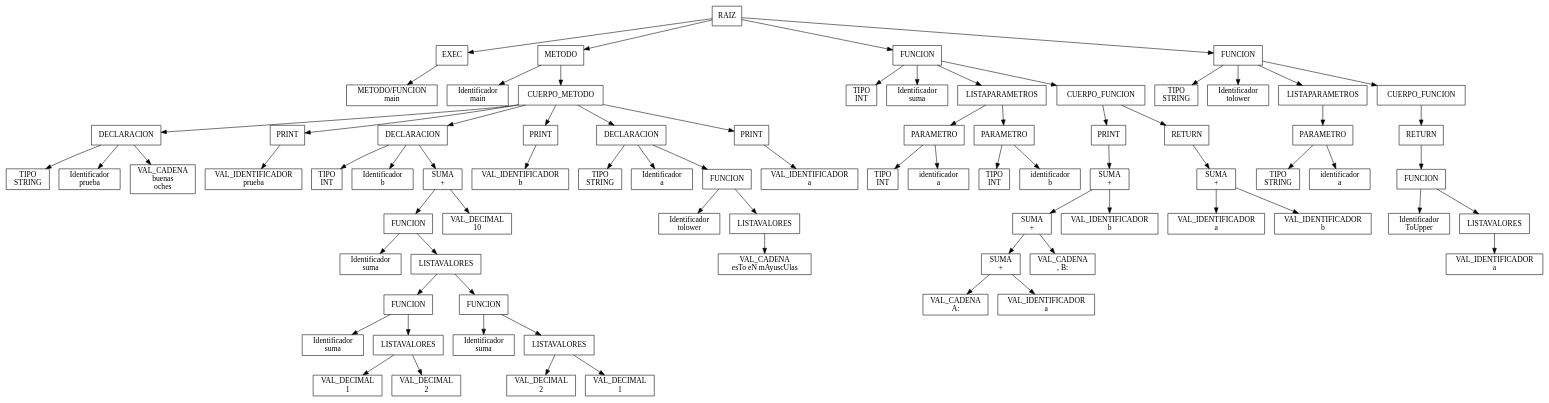
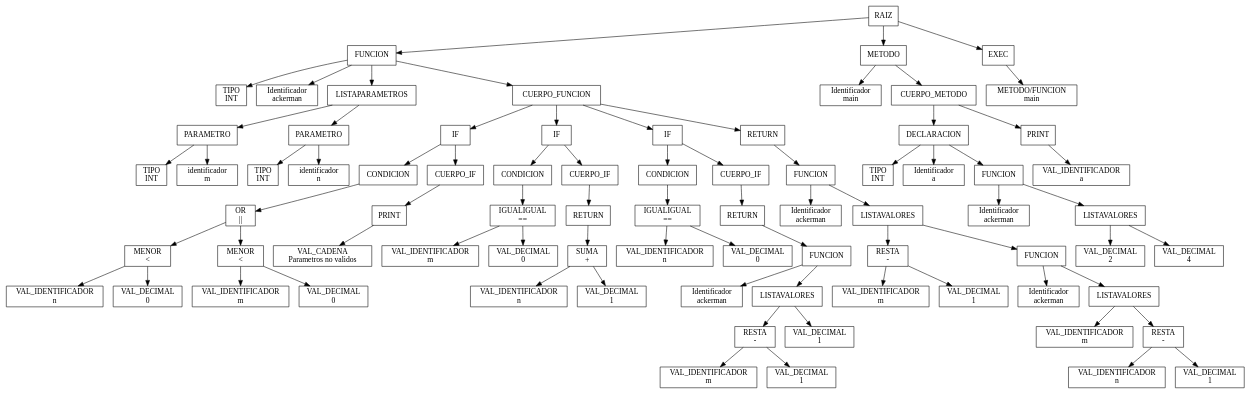
Before and after one commit to AngelArteaga1/OLC_Proyecto2_201901816: the diagram in backend/controller/ReporteAST/AST.dot, drawn with Graphviz. The commit also changed 5 other files, not shown here.

```diff
--- a/backend/controller/ReporteAST/AST.dot
+++ b/backend/controller/ReporteAST/AST.dot
@@ -1,154 +1,154 @@
 digraph G{node[shape="box"]Nodo0[label="RAIZ"];
-Nodo1[label="EXEC"];
+Nodo1[label="FUNCION"];
 Nodo0->Nodo1;
-Nodo2[label="METODO/FUNCION \n main"];
+Nodo2[label="TIPO \n INT"];
 Nodo1->Nodo2;
-Nodo3[label="METODO"];
-Nodo0->Nodo3;
-Nodo4[label="Identificador \n main"];
-Nodo3->Nodo4;
-Nodo5[label="CUERPO_METODO"];
-Nodo3->Nodo5;
-Nodo6[label="DECLARACION"];
+Nodo3[label="Identificador \n ackerman"];
+Nodo1->Nodo3;
+Nodo4[label="LISTAPARAMETROS"];
+Nodo1->Nodo4;
+Nodo5[label="PARAMETRO"];
+Nodo4->Nodo5;
+Nodo6[label="TIPO \n INT"];
 Nodo5->Nodo6;
-Nodo7[label="TIPO \n STRING"];
-Nodo6->Nodo7;
-Nodo8[label="Identificador \n prueba"];
-Nodo6->Nodo8;
-Nodo9[label="VAL_CADENA \n buenas\noches"];
-Nodo6->Nodo9;
-Nodo10[label="PRINT"];
-Nodo5->Nodo10;
-Nodo11[label="VAL_IDENTIFICADOR \n prueba"];
-Nodo10->Nodo11;
-Nodo12[label="DECLARACION"];
-Nodo5->Nodo12;
-Nodo13[label="TIPO \n INT"];
+Nodo7[label="identificador \n m"];
+Nodo5->Nodo7;
+Nodo8[label="PARAMETRO"];
+Nodo4->Nodo8;
+Nodo9[label="TIPO \n INT"];
+Nodo8->Nodo9;
+Nodo10[label="identificador \n n"];
+Nodo8->Nodo10;
+Nodo11[label="CUERPO_FUNCION"];
+Nodo1->Nodo11;
+Nodo12[label="IF"];
+Nodo11->Nodo12;
+Nodo13[label="CONDICION"];
 Nodo12->Nodo13;
-Nodo14[label="Identificador \n b"];
-Nodo12->Nodo14;
-Nodo15[label=" SUMA \n +"];
-Nodo12->Nodo15;
-Nodo16[label="FUNCION"];
+Nodo14[label=" OR \n ||"];
+Nodo13->Nodo14;
+Nodo15[label=" MENOR \n <"];
+Nodo14->Nodo15;
+Nodo16[label="VAL_IDENTIFICADOR \n n"];
 Nodo15->Nodo16;
-Nodo17[label="Identificador \n suma"];
-Nodo16->Nodo17;
-Nodo18[label="LISTAVALORES"];
-Nodo16->Nodo18;
-Nodo19[label="FUNCION"];
+Nodo17[label="VAL_DECIMAL \n 0"];
+Nodo15->Nodo17;
+Nodo18[label=" MENOR \n <"];
+Nodo14->Nodo18;
+Nodo19[label="VAL_IDENTIFICADOR \n m"];
 Nodo18->Nodo19;
-Nodo20[label="Identificador \n suma"];
-Nodo19->Nodo20;
-Nodo21[label="LISTAVALORES"];
-Nodo19->Nodo21;
-Nodo22[label="VAL_DECIMAL \n 1"];
+Nodo20[label="VAL_DECIMAL \n 0"];
+Nodo18->Nodo20;
+Nodo21[label="CUERPO_IF"];
+Nodo12->Nodo21;
+Nodo22[label="PRINT"];
 Nodo21->Nodo22;
-Nodo23[label="VAL_DECIMAL \n 2"];
-Nodo21->Nodo23;
-Nodo24[label="FUNCION"];
-Nodo18->Nodo24;
-Nodo25[label="Identificador \n suma"];
+Nodo23[label="VAL_CADENA \n Parametros no validos"];
+Nodo22->Nodo23;
+Nodo24[label="IF"];
+Nodo11->Nodo24;
+Nodo25[label="CONDICION"];
 Nodo24->Nodo25;
-Nodo26[label="LISTAVALORES"];
-Nodo24->Nodo26;
-Nodo27[label="VAL_DECIMAL \n 2"];
+Nodo26[label=" IGUALIGUAL \n =="];
+Nodo25->Nodo26;
+Nodo27[label="VAL_IDENTIFICADOR \n m"];
 Nodo26->Nodo27;
-Nodo28[label="VAL_DECIMAL \n 1"];
+Nodo28[label="VAL_DECIMAL \n 0"];
 Nodo26->Nodo28;
-Nodo29[label="VAL_DECIMAL \n 10"];
-Nodo15->Nodo29;
-Nodo30[label="PRINT"];
-Nodo5->Nodo30;
-Nodo31[label="VAL_IDENTIFICADOR \n b"];
+Nodo29[label="CUERPO_IF"];
+Nodo24->Nodo29;
+Nodo30[label="RETURN"];
+Nodo29->Nodo30;
+Nodo31[label=" SUMA \n +"];
 Nodo30->Nodo31;
-Nodo32[label="DECLARACION"];
-Nodo5->Nodo32;
-Nodo33[label="TIPO \n STRING"];
-Nodo32->Nodo33;
-Nodo34[label="Identificador \n a"];
-Nodo32->Nodo34;
-Nodo35[label="FUNCION"];
-Nodo32->Nodo35;
-Nodo36[label="Identificador \n tolower"];
+Nodo32[label="VAL_IDENTIFICADOR \n n"];
+Nodo31->Nodo32;
+Nodo33[label="VAL_DECIMAL \n 1"];
+Nodo31->Nodo33;
+Nodo34[label="IF"];
+Nodo11->Nodo34;
+Nodo35[label="CONDICION"];
+Nodo34->Nodo35;
+Nodo36[label=" IGUALIGUAL \n =="];
 Nodo35->Nodo36;
-Nodo37[label="LISTAVALORES"];
-Nodo35->Nodo37;
-Nodo38[label="VAL_CADENA \n esTo eN mAyuscUlas"];
-Nodo37->Nodo38;
-Nodo39[label="PRINT"];
-Nodo5->Nodo39;
-Nodo40[label="VAL_IDENTIFICADOR \n a"];
+Nodo37[label="VAL_IDENTIFICADOR \n n"];
+Nodo36->Nodo37;
+Nodo38[label="VAL_DECIMAL \n 0"];
+Nodo36->Nodo38;
+Nodo39[label="CUERPO_IF"];
+Nodo34->Nodo39;
+Nodo40[label="RETURN"];
 Nodo39->Nodo40;
 Nodo41[label="FUNCION"];
-Nodo0->Nodo41;
-Nodo42[label="TIPO \n INT"];
+Nodo40->Nodo41;
+Nodo42[label="Identificador \n ackerman"];
 Nodo41->Nodo42;
-Nodo43[label="Identificador \n suma"];
+Nodo43[label="LISTAVALORES"];
 Nodo41->Nodo43;
-Nodo44[label="LISTAPARAMETROS"];
-Nodo41->Nodo44;
-Nodo45[label="PARAMETRO"];
+Nodo44[label=" RESTA \n -"];
+Nodo43->Nodo44;
+Nodo45[label="VAL_IDENTIFICADOR \n m"];
 Nodo44->Nodo45;
-Nodo46[label="TIPO \n INT"];
-Nodo45->Nodo46;
-Nodo47[label="identificador \n a"];
-Nodo45->Nodo47;
-Nodo48[label="PARAMETRO"];
-Nodo44->Nodo48;
-Nodo49[label="TIPO \n INT"];
+Nodo46[label="VAL_DECIMAL \n 1"];
+Nodo44->Nodo46;
+Nodo47[label="VAL_DECIMAL \n 1"];
+Nodo43->Nodo47;
+Nodo48[label="RETURN"];
+Nodo11->Nodo48;
+Nodo49[label="FUNCION"];
 Nodo48->Nodo49;
-Nodo50[label="identificador \n b"];
-Nodo48->Nodo50;
-Nodo51[label="CUERPO_FUNCION"];
-Nodo41->Nodo51;
-Nodo52[label="PRINT"];
+Nodo50[label="Identificador \n ackerman"];
+Nodo49->Nodo50;
+Nodo51[label="LISTAVALORES"];
+Nodo49->Nodo51;
+Nodo52[label=" RESTA \n -"];
 Nodo51->Nodo52;
-Nodo53[label=" SUMA \n +"];
+Nodo53[label="VAL_IDENTIFICADOR \n m"];
 Nodo52->Nodo53;
-Nodo54[label=" SUMA \n +"];
-Nodo53->Nodo54;
-Nodo55[label=" SUMA \n +"];
-Nodo54->Nodo55;
-Nodo56[label="VAL_CADENA \n A: "];
+Nodo54[label="VAL_DECIMAL \n 1"];
+Nodo52->Nodo54;
+Nodo55[label="FUNCION"];
+Nodo51->Nodo55;
+Nodo56[label="Identificador \n ackerman"];
 Nodo55->Nodo56;
-Nodo57[label="VAL_IDENTIFICADOR \n a"];
+Nodo57[label="LISTAVALORES"];
 Nodo55->Nodo57;
-Nodo58[label="VAL_CADENA \n , B: "];
-Nodo54->Nodo58;
-Nodo59[label="VAL_IDENTIFICADOR \n b"];
-Nodo53->Nodo59;
-Nodo60[label="RETURN"];
-Nodo51->Nodo60;
-Nodo61[label=" SUMA \n +"];
-Nodo60->Nodo61;
-Nodo62[label="VAL_IDENTIFICADOR \n a"];
-Nodo61->Nodo62;
-Nodo63[label="VAL_IDENTIFICADOR \n b"];
-Nodo61->Nodo63;
-Nodo64[label="FUNCION"];
-Nodo0->Nodo64;
-Nodo65[label="TIPO \n STRING"];
+Nodo58[label="VAL_IDENTIFICADOR \n m"];
+Nodo57->Nodo58;
+Nodo59[label=" RESTA \n -"];
+Nodo57->Nodo59;
+Nodo60[label="VAL_IDENTIFICADOR \n n"];
+Nodo59->Nodo60;
+Nodo61[label="VAL_DECIMAL \n 1"];
+Nodo59->Nodo61;
+Nodo62[label="METODO"];
+Nodo0->Nodo62;
+Nodo63[label="Identificador \n main"];
+Nodo62->Nodo63;
+Nodo64[label="CUERPO_METODO"];
+Nodo62->Nodo64;
+Nodo65[label="DECLARACION"];
 Nodo64->Nodo65;
-Nodo66[label="Identificador \n tolower"];
-Nodo64->Nodo66;
-Nodo67[label="LISTAPARAMETROS"];
-Nodo64->Nodo67;
-Nodo68[label="PARAMETRO"];
-Nodo67->Nodo68;
-Nodo69[label="TIPO \n STRING"];
+Nodo66[label="TIPO \n INT"];
+Nodo65->Nodo66;
+Nodo67[label="Identificador \n a"];
+Nodo65->Nodo67;
+Nodo68[label="FUNCION"];
+Nodo65->Nodo68;
+Nodo69[label="Identificador \n ackerman"];
 Nodo68->Nodo69;
-Nodo70[label="identificador \n a"];
+Nodo70[label="LISTAVALORES"];
 Nodo68->Nodo70;
-Nodo71[label="CUERPO_FUNCION"];
-Nodo64->Nodo71;
-Nodo72[label="RETURN"];
-Nodo71->Nodo72;
-Nodo73[label="FUNCION"];
-Nodo72->Nodo73;
-Nodo74[label="Identificador \n ToUpper"];
+Nodo71[label="VAL_DECIMAL \n 2"];
+Nodo70->Nodo71;
+Nodo72[label="VAL_DECIMAL \n 4"];
+Nodo70->Nodo72;
+Nodo73[label="PRINT"];
+Nodo64->Nodo73;
+Nodo74[label="VAL_IDENTIFICADOR \n a"];
 Nodo73->Nodo74;
-Nodo75[label="LISTAVALORES"];
-Nodo73->Nodo75;
-Nodo76[label="VAL_IDENTIFICADOR \n a"];
+Nodo75[label="EXEC"];
+Nodo0->Nodo75;
+Nodo76[label="METODO/FUNCION \n main"];
 Nodo75->Nodo76;
 }
```
